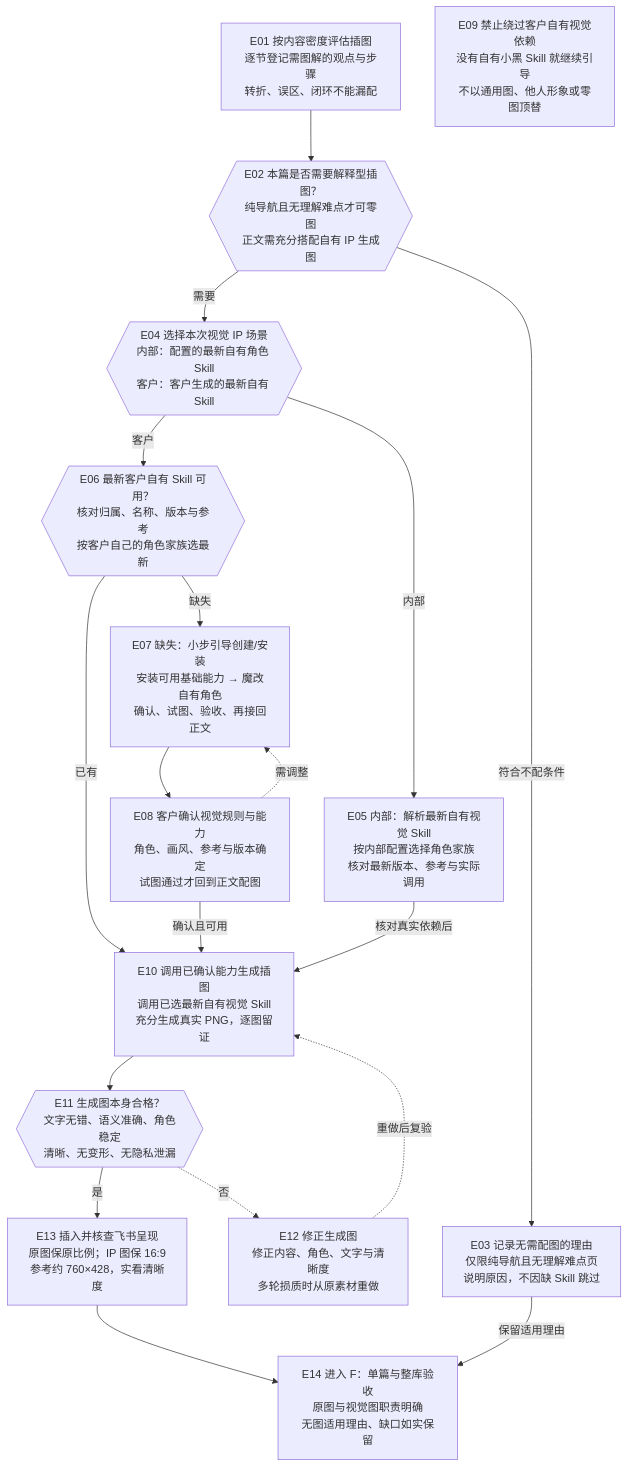
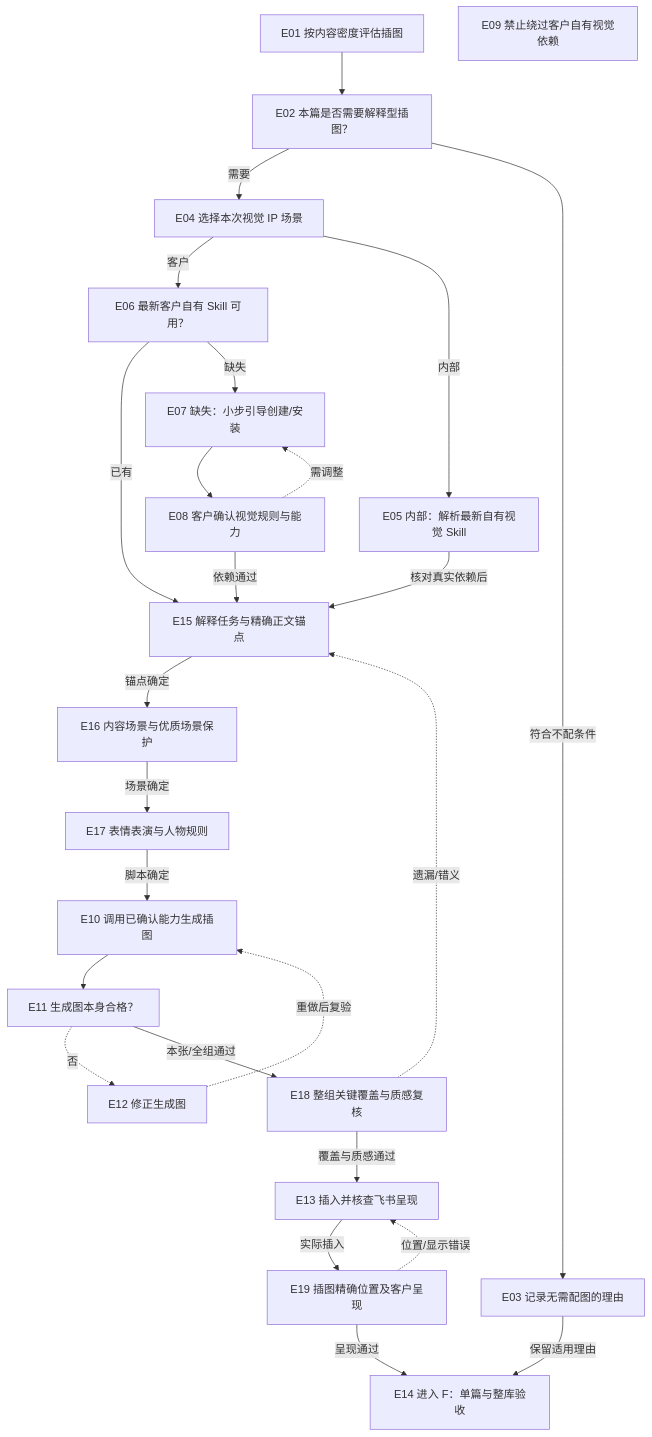
Before and after one commit to banmu23/banmu-skills: the sixth of 8 diagrams in plugins/feishu-kb-product-builder/skills/feishu-kb-product-builder/references/流程图.md, drawn with Mermaid. The commit also changed other lines of this file and 53 other files, not shown here.

Commit message:
发布知识库 V3 与正文配图 V2：关键锚点、丰富表演和高质感光影

````diff
--- a/plugins/feishu-kb-product-builder/skills/feishu-kb-product-builder/references/流程图.md
+++ b/plugins/feishu-kb-product-builder/skills/feishu-kb-product-builder/references/流程图.md
@@ -253,34 +239,46 @@
 ```mermaid
 flowchart TD
-  E01["E01 按内容密度评估插图<br/>逐节登记需图解的观点与步骤<br/>转折、误区、闭环不能漏配"]
-  E02{{"E02 本篇是否需要解释型插图？<br/>纯导航且无理解难点才可零图<br/>正文需充分搭配自有 IP 生成图"}}
-  E03["E03 记录无需配图的理由<br/>仅限纯导航且无理解难点页<br/>说明原因，不因缺 Skill 跳过"]
-  E04{{"E04 选择本次视觉 IP 场景<br/>内部：配置的最新自有角色 Skill<br/>客户：客户生成的最新自有 Skill"}}
-  E05["E05 内部：解析最新自有视觉 Skill<br/>按内部配置选择角色家族<br/>核对最新版本、参考与实际调用"]
-  E06{{"E06 最新客户自有 Skill 可用？<br/>核对归属、名称、版本与参考<br/>按客户自己的角色家族选最新"}}
-  E07["E07 缺失：小步引导创建/安装<br/>安装可用基础能力 → 魔改自有角色<br/>确认、试图、验收、再接回正文"]
-  E08["E08 客户确认视觉规则与能力<br/>角色、画风、参考与版本确定<br/>试图通过才回到正文配图"]
-  E09["E09 禁止绕过客户自有视觉依赖<br/>没有自有小黑 Skill 就继续引导<br/>不以通用图、他人形象或零图顶替"]
-  E10["E10 调用已确认能力生成插图<br/>调用已选最新自有视觉 Skill<br/>充分生成真实 PNG，逐图留证"]
-  E11{{"E11 生成图本身合格？<br/>文字无错、语义准确、角色稳定<br/>清晰、无变形、无隐私泄漏"}}
-  E12["E12 修正生成图<br/>修正内容、角色、文字与清晰度<br/>多轮损质时从原素材重做"]
-  E13["E13 插入并核查飞书呈现<br/>原图保原比例；IP 图保 16:9<br/>参考约 760×428，实看清晰度"]
-  E14["E14 进入 F：单篇与整库验收<br/>原图与视觉图职责明确<br/>无图适用理由、缺口如实保留"]
+  E01["E01 按内容密度评估插图"]
+  E02["E02 本篇是否需要解释型插图？"]
+  E03["E03 记录无需配图的理由"]
+  E04["E04 选择本次视觉 IP 场景"]
+  E05["E05 内部：解析最新自有视觉 Skill"]
+  E06["E06 最新客户自有 Skill 可用？"]
+  E07["E07 缺失：小步引导创建/安装"]
+  E08["E08 客户确认视觉规则与能力"]
+  E09["E09 禁止绕过客户自有视觉依赖"]
+  E10["E10 调用已确认能力生成插图"]
+  E11["E11 生成图本身合格？"]
+  E12["E12 修正生成图"]
+  E13["E13 插入并核查飞书呈现"]
+  E14["E14 进入 F：单篇与整库验收"]
+  E15["E15 解释任务与精确正文锚点"]
+  E16["E16 内容场景与优质场景保护"]
+  E17["E17 表情表演与人物规则"]
+  E18["E18 整组关键覆盖与质感复核"]
+  E19["E19 插图精确位置及客户呈现"]
   E01 --> E02
   E02 --> |需要| E04
   E04 --> |客户| E06
-  E06 --> |已有| E10
+  E06 --> |已有| E15
   E07 --> E08
   E10 --> E11
-  E11 --> |是| E13
-  E13 --> E14
   E02 --> |符合不配条件| E03
   E03 --> |保留适用理由| E14
   E04 --> |内部| E05
-  E05 --> |核对真实依赖后| E10
+  E05 --> |核对真实依赖后| E15
   E06 --> |缺失| E07
-  E08 --> |确认且可用| E10
   E08 -.-> |需调整| E07
   E11 -.-> |否| E12
   E12 -.-> |重做后复验| E10
+  E08 --> |依赖通过| E15
+  E15 --> |锚点确定| E16
+  E16 --> |场景确定| E17
+  E17 --> |脚本确定| E10
+  E11 --> |本张/全组通过| E18
+  E18 --> |覆盖与质感通过| E13
+  E18 -.-> |遗漏/错义| E15
+  E13 --> |实际插入| E19
+  E19 --> |呈现通过| E14
+  E19 -.-> |位置/显示错误| E13
 ```
````
